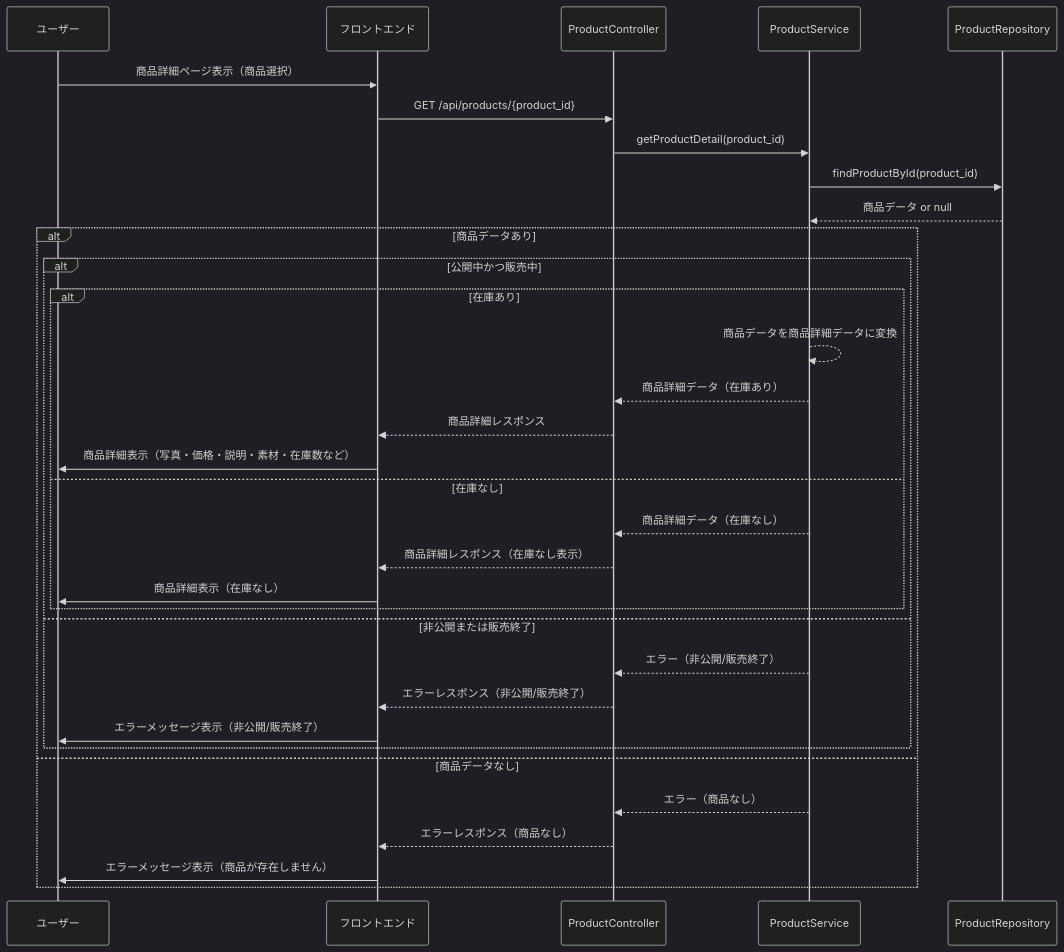
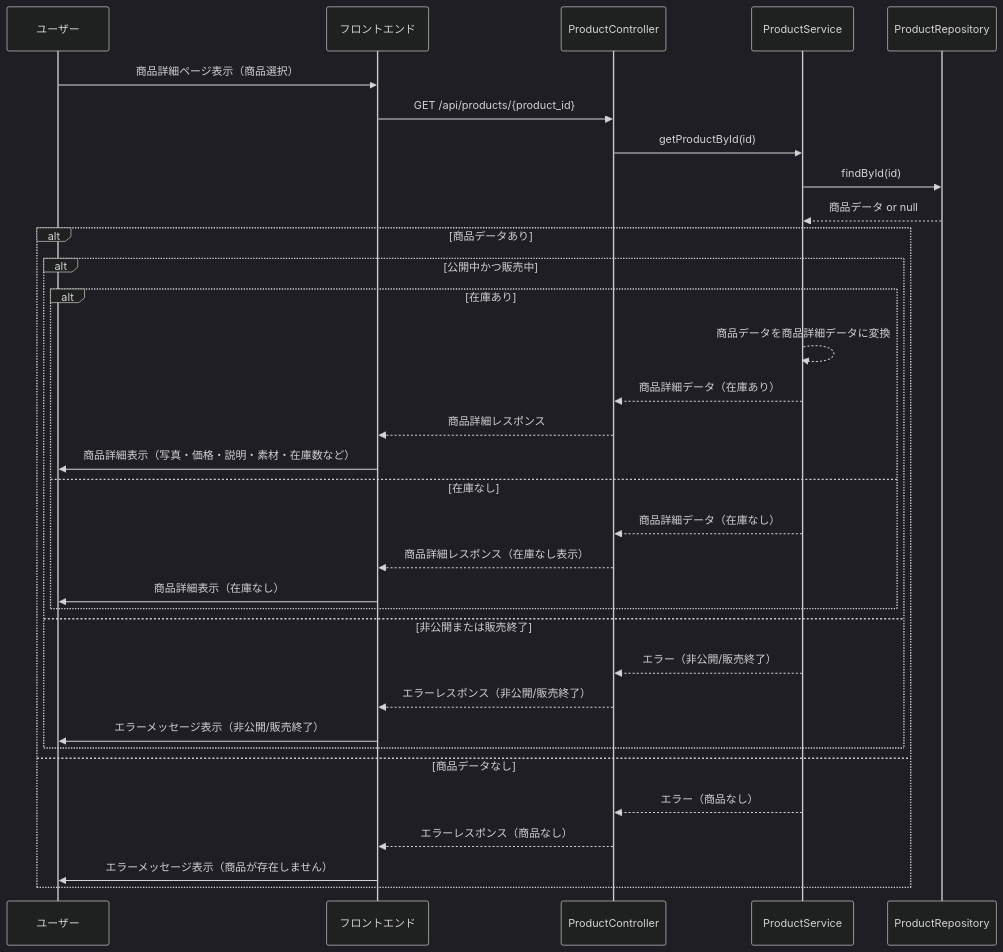
One commit to Aoi-Yaegashi/teamF changed the second of 36 diagrams in 詳細設計/担当B_村田/3.2 機能詳細.md. Above: the diagram before and after it, drawn with Mermaid (dark theme). The commit also changed other lines of this file, not shown here.

```diff
--- a/詳細設計/担当B_村田/3.2 機能詳細.md
+++ b/詳細設計/担当B_村田/3.2 機能詳細.md
@@ -71,45 +40,45 @@
    <div class="mermaid">
 sequenceDiagram
     participant User as ユーザー
     participant FE as フロントエンド
     participant PDC as ProductController
     participant PDS as ProductService
     participant ProdRepo as ProductRepository
 
     %% ユーザーが商品詳細ページを表示
     User->>FE: 商品詳細ページ表示（商品選択）
 
     %% フロントエンドがAPI呼び出し
     FE->>PDC: GET /api/products/{product_id}
 
     %% コントローラがサービスに処理を依頼
-    PDC->>PDS: getProductDetail(product_id)
+    PDC->>PDS: getProductById(id)
 
     %% サービスが商品リポジトリに問い合わせ
-    PDS->>ProdRepo: findProductById(product_id)
+    PDS->>ProdRepo: findById(id)
     ProdRepo-->>PDS: 商品データ or null
 
     %% サービスで商品状態を判定
     alt 商品データあり
         alt 公開中かつ販売中
             alt 在庫あり
                 PDS-->>PDS: 商品データを商品詳細データに変換
                 PDS-->>PDC: 商品詳細データ（在庫あり）
                 PDC-->>FE: 商品詳細レスポンス
                 FE->>User: 商品詳細表示（写真・価格・説明・素材・在庫数など）
             else 在庫なし
                 PDS-->>PDC: 商品詳細データ（在庫なし）
                 PDC-->>FE: 商品詳細レスポンス（在庫なし表示）
                 FE->>User: 商品詳細表示（在庫なし）
             end
         else 非公開または販売終了
             PDS-->>PDC: エラー（非公開/販売終了）
             PDC-->>FE: エラーレスポンス（非公開/販売終了）
             FE->>User: エラーメッセージ表示（非公開/販売終了）
         end
     else 商品データなし
         PDS-->>PDC: エラー（商品なし）
         PDC-->>FE: エラーレスポンス（商品なし）
         FE->>User: エラーメッセージ表示（商品が存在しません）
     end
 </div>
```
